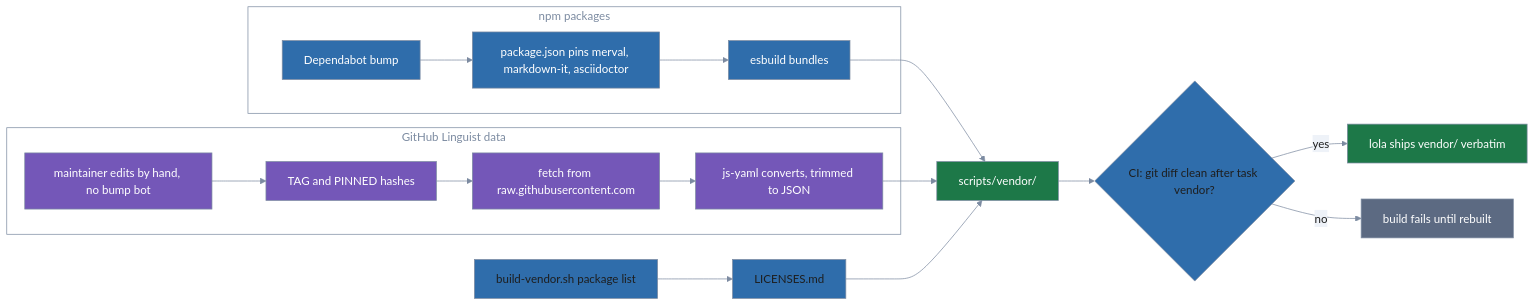
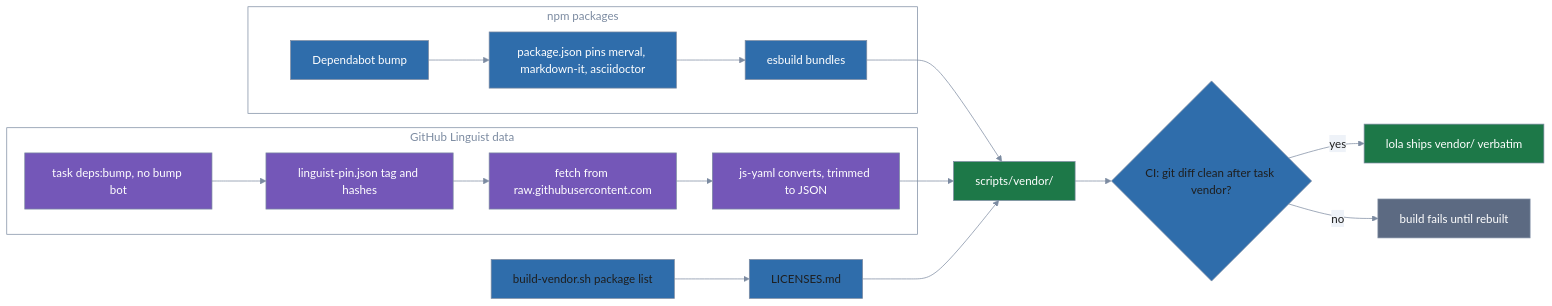
One commit to lolables/lola-mod-project-docs changed the diagram in docs/dev/vendoring.md. Above: the diagram before and after it, drawn with Mermaid. The commit also changed other lines of this file and 6 other files, not shown here.

First line of the commit message:
Add task deps:bump to move vendored pins to latest

````diff
--- a/docs/dev/vendoring.md
+++ b/docs/dev/vendoring.md
@@ -7,43 +7,43 @@
 ```mermaid
 %%{init: {'theme': 'base', 'themeVariables': {
   'primaryColor': '#2f6dab',
   'primaryTextColor': '#1e1e1e',
   'primaryBorderColor': '#7c8ba1',
   'lineColor': '#7c8ba1',
   'edgeLabelBackground': '#eef2f8',
   'tertiaryColor': 'transparent',
   'tertiaryTextColor': '#7c8ba1',
   'tertiaryBorderColor': '#7c8ba1',
   'clusterBkg': 'transparent',
   'clusterBorder': '#7c8ba1',
   'titleColor': '#7c8ba1',
   'noteBkgColor': '#eef2f8',
   'noteTextColor': '#1e1e1e',
   'fontFamily': 'system-ui, sans-serif'
 }, 'themeCSS': '.node .nodeLabel{color:#ffffff!important;fill:#ffffff!important;}'}}%%
 flowchart LR
   subgraph npmpath["npm packages"]
     Bot["Dependabot bump"] --> Pkg["package.json pins merval, markdown-it, asciidoctor"]
     Pkg --> Esb["esbuild bundles"]
   end
   subgraph lingpath["GitHub Linguist data"]
-    Hand["maintainer edits by hand, no bump bot"] --> Pin["TAG and PINNED hashes"]
+    Hand["task deps:bump, no bump bot"] --> Pin["linguist-pin.json tag and hashes"]
     Pin --> Raw["fetch from raw.githubusercontent.com"]
     Raw --> Yaml["js-yaml converts, trimmed to JSON"]
   end
   List["build-vendor.sh package list"] --> Lic["LICENSES.md"]
   Esb --> Vendor["scripts/vendor/"]
   Yaml --> Vendor
   Lic --> Vendor
   Vendor --> CI{"CI: git diff clean after task vendor?"}
   CI -->|yes| Ship["lola ships vendor/ verbatim"]
   CI -->|no| Red["build fails until rebuilt"]
   classDef sysA fill:#2f6dab,color:#ffffff,stroke:#7c8ba1
   classDef sysB fill:#1d7848,color:#ffffff,stroke:#7c8ba1
   classDef sysC fill:#7457b8,color:#ffffff,stroke:#7c8ba1
   classDef sysF fill:#5c6a82,color:#ffffff,stroke:#7c8ba1
   class Bot,Pkg,Esb sysA
   class Hand,Pin,Raw,Yaml sysC
   class Vendor,Ship sysB
   class Red sysF
 ```
````
